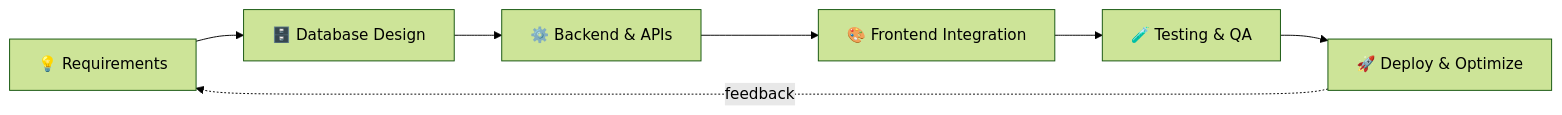
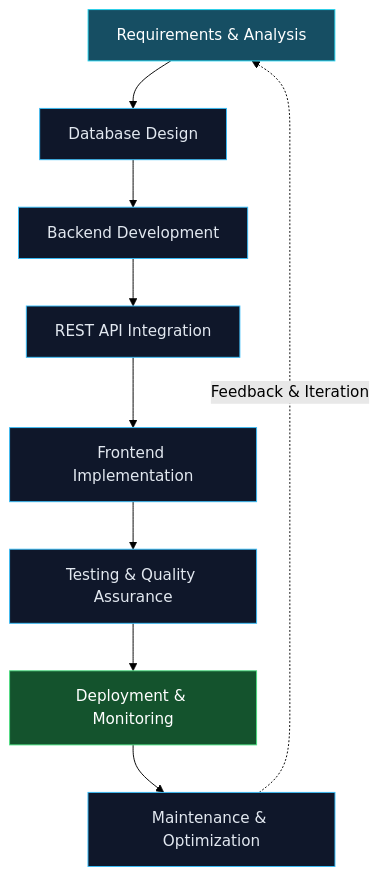
The diagram in README.md (Naitik-Dholakiya/Naitik-Dholakiya), drawn with Mermaid (forest theme) before and after one commit. The commit also changed other lines of this file, not shown here.

````diff
--- a/README.md
+++ b/README.md
@@ -102,9 +181,19 @@
 ```mermaid
-flowchart LR
-    A[💡 Requirements] --> B[🗄️ Database Design]
-    B --> C[⚙️ Backend & APIs]
-    C --> D[🎨 Frontend Integration]
-    D --> E[🧪 Testing & QA]
-    E --> F[🚀 Deploy & Optimize]
-    F -.feedback.-> A
+flowchart TD
+    A["Requirements & Analysis"] --> B["Database Design"]
+    B --> C["Backend Development"]
+    C --> D["REST API Integration"]
+    D --> E["Frontend Implementation"]
+    E --> F["Testing & Quality Assurance"]
+    F --> G["Deployment & Monitoring"]
+    G --> H["Maintenance & Optimization"]
+    H -. "Feedback & Iteration" .-> A
+
+    classDef start fill:#164E63,stroke:#22D3EE,color:#FFFFFF
+    classDef process fill:#0F172A,stroke:#38BDF8,color:#E2E8F0
+    classDef finish fill:#14532D,stroke:#4ADE80,color:#FFFFFF
+
+    class A start
+    class B,C,D,E,F,H process
+    class G finish
 ```
````
